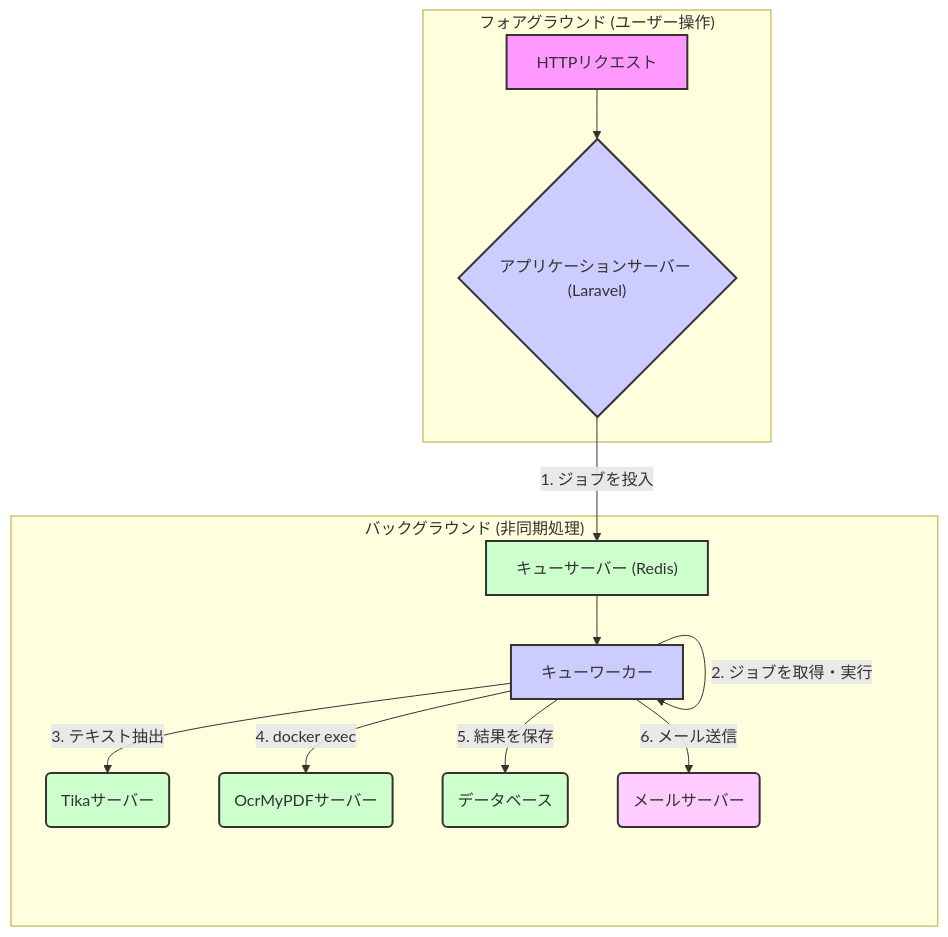
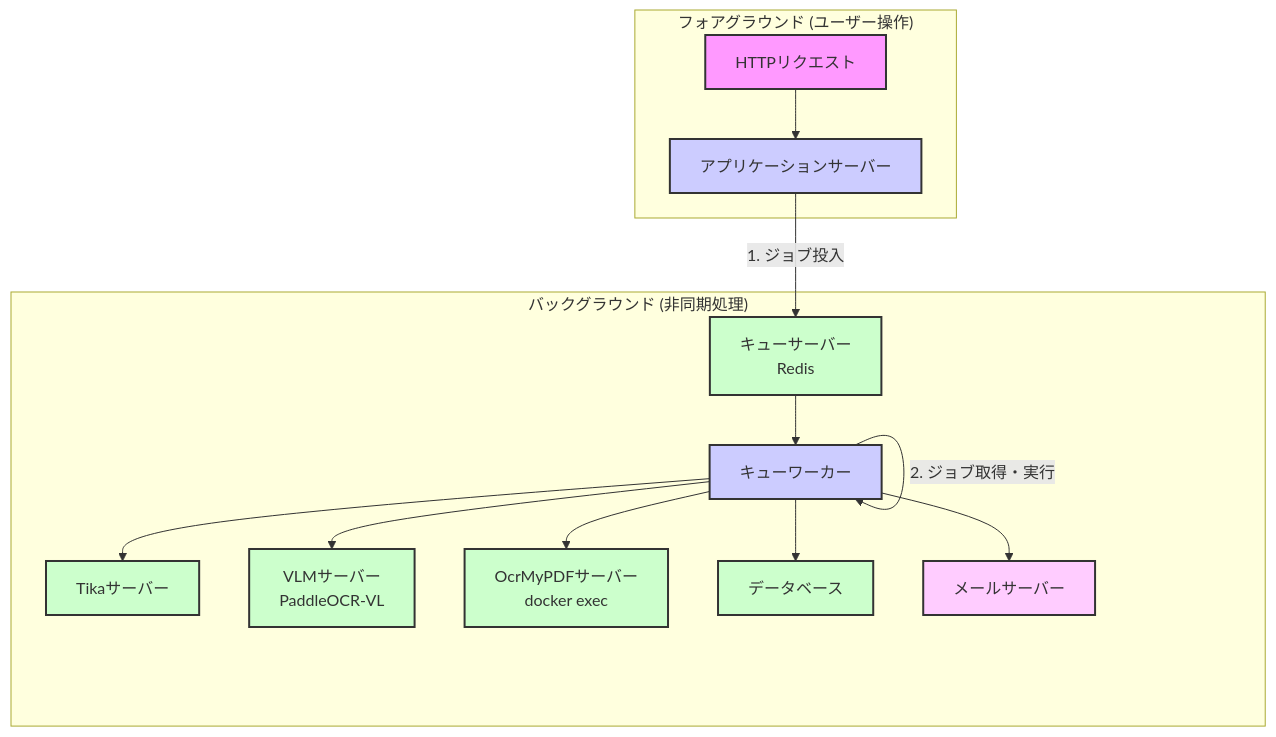
One commit to torinky/LedgerLeap-oss changed the first of 2 diagrams in docs/architecture/QueueProcessing.md. Above: the diagram before and after it, drawn with Mermaid. The commit also changed other lines of this file and 1 other file, not shown here.

First line of the commit message:
docs(architecture): Update `QueueProcessing.md` with Phase 3 VLM-OCR-Tika integration details

````diff
--- a/docs/architecture/QueueProcessing.md
+++ b/docs/architecture/QueueProcessing.md
@@ -9,26 +27,29 @@
 ```mermaid
 graph TD
     subgraph "フォアグラウンド (ユーザー操作)"
-        A[HTTPリクエスト] --> B{"アプリケーションサーバー (Laravel)"}
+        A[HTTPリクエスト] --> B[アプリケーションサーバー]
     end
 
     subgraph "バックグラウンド (非同期処理)"
-        D["キューサーバー (Redis)"] --> E[キューワーカー];
-        E -- 3. テキスト抽出 --> F(Tikaサーバー);
-        E -- 4. docker exec --> G(OcrMyPDFサーバー);
-        E -- 5. 結果を保存 --> H(データベース);
-        E -- 6. メール送信 --> I(メールサーバー);
+        D[キューサーバー<br/>Redis] --> E[キューワーカー];
+        
+        E --> F[Tikaサーバー];
+        E --> G[VLMサーバー<br/>PaddleOCR-VL];
+        E --> H[OcrMyPDFサーバー<br/>docker exec];
+        E --> I[データベース];
+        E --> J[メールサーバー];
     end
 
-    B -- 1. ジョブを投入 --> D;
-    E -- 2. ジョブを取得・実行 --> E;
+    B -- 1. ジョブ投入 --> D;
+    E -- 2. ジョブ取得・実行 --> E;
 
     style A fill:#f9f,stroke:#333,stroke-width:2px
     style B fill:#ccf,stroke:#333,stroke-width:2px
     style D fill:#cfc,stroke:#333,stroke-width:2px
     style E fill:#ccf,stroke:#333,stroke-width:2px
     style F fill:#cfc,stroke:#333,stroke-width:2px
     style G fill:#cfc,stroke:#333,stroke-width:2px
     style H fill:#cfc,stroke:#333,stroke-width:2px
-    style I fill:#fcf,stroke:#333,stroke-width:2px
+    style I fill:#cfc,stroke:#333,stroke-width:2px
+    style J fill:#fcf,stroke:#333,stroke-width:2px
 ```
````
